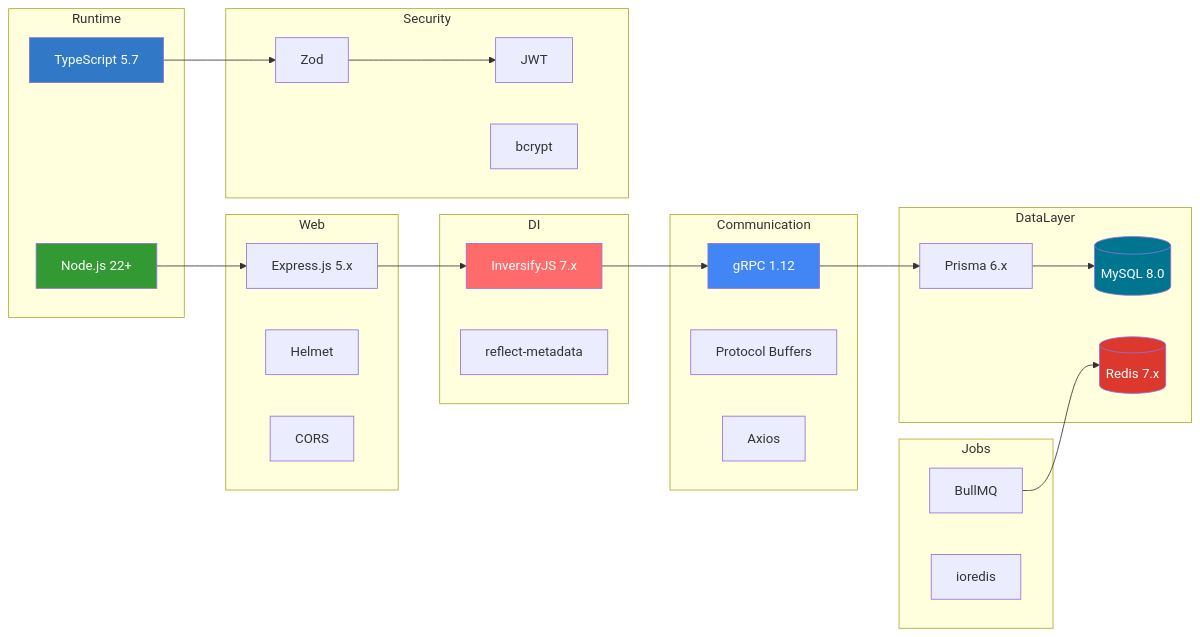
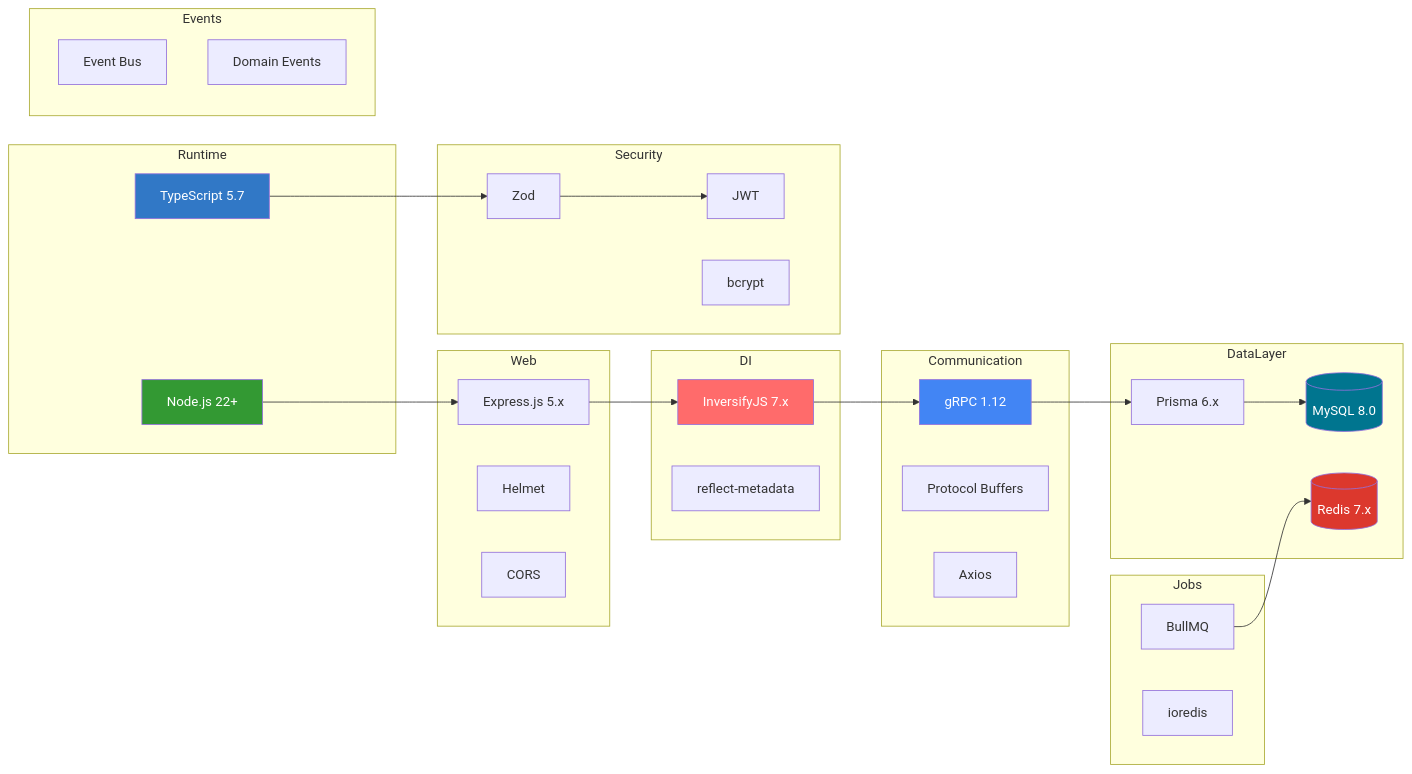
One commit to jrjohn/arcana-cloud-nodejs changed diagram 12 of 16 in README.md. Above: the diagram before and after it, drawn with Mermaid. The commit also changed other lines of this file and 14 other files, not shown here.

Commit message:
Add event-bus

````diff
--- a/README.md
+++ b/README.md
@@ -404,57 +503,62 @@
 ```mermaid
 graph LR
     subgraph Runtime
         NODE["Node.js 22+"]
         TS["TypeScript 5.7"]
     end
 
     subgraph Web
         EXPRESS["Express.js 5.x"]
         HELMET["Helmet"]
         CORS["CORS"]
     end
 
     subgraph DI
         INVERSIFY["InversifyJS 7.x"]
         REFLECT["reflect-metadata"]
     end
 
     subgraph Communication
         GRPC["gRPC 1.12"]
         PROTO["Protocol Buffers"]
         AXIOS["Axios"]
     end
 
     subgraph DataLayer
         PRISMA["Prisma 6.x"]
         MYSQL[("MySQL 8.0")]
         REDIS[("Redis 7.x")]
     end
 
     subgraph Security
         JWT["JWT"]
         BCRYPT["bcrypt"]
         ZOD["Zod"]
     end
 
     subgraph Jobs
         BULLMQ["BullMQ"]
         IOREDIS["ioredis"]
     end
 
+    subgraph Events
+        EVENTBUS["Event Bus"]
+        DOMAIN["Domain Events"]
+    end
+
     NODE --> EXPRESS
     EXPRESS --> INVERSIFY
     INVERSIFY --> GRPC
     GRPC --> PRISMA
     PRISMA --> MYSQL
     TS --> ZOD
     ZOD --> JWT
     BULLMQ --> REDIS
 
     style NODE fill:#339933,color:#fff
     style TS fill:#3178C6,color:#fff
     style INVERSIFY fill:#FF6B6B,color:#fff
     style GRPC fill:#4285F4,color:#fff
     style MYSQL fill:#00758F,color:#fff
     style REDIS fill:#DC382D,color:#fff
 ```
````
